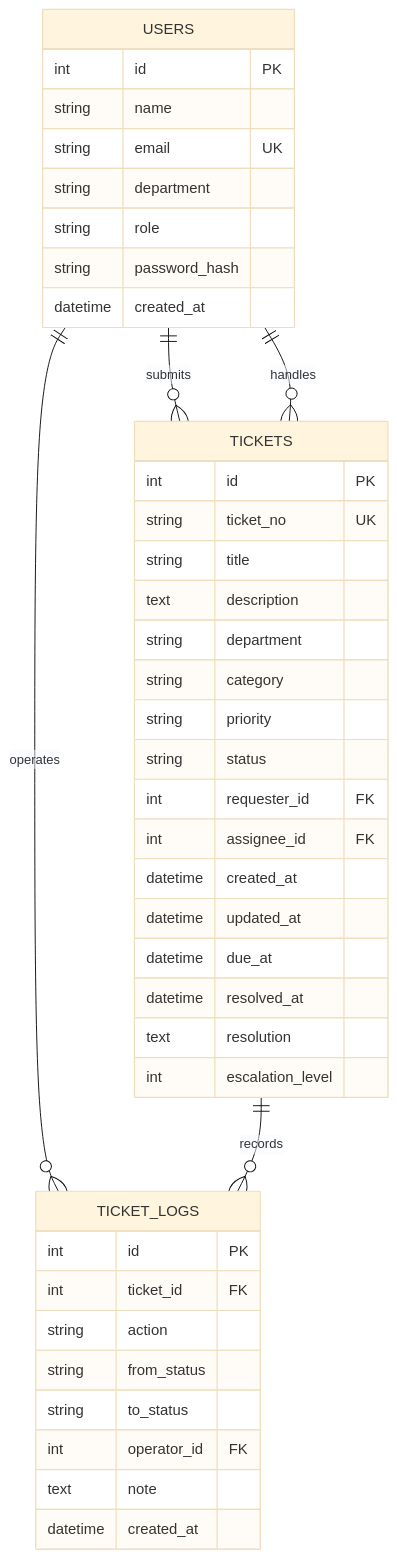
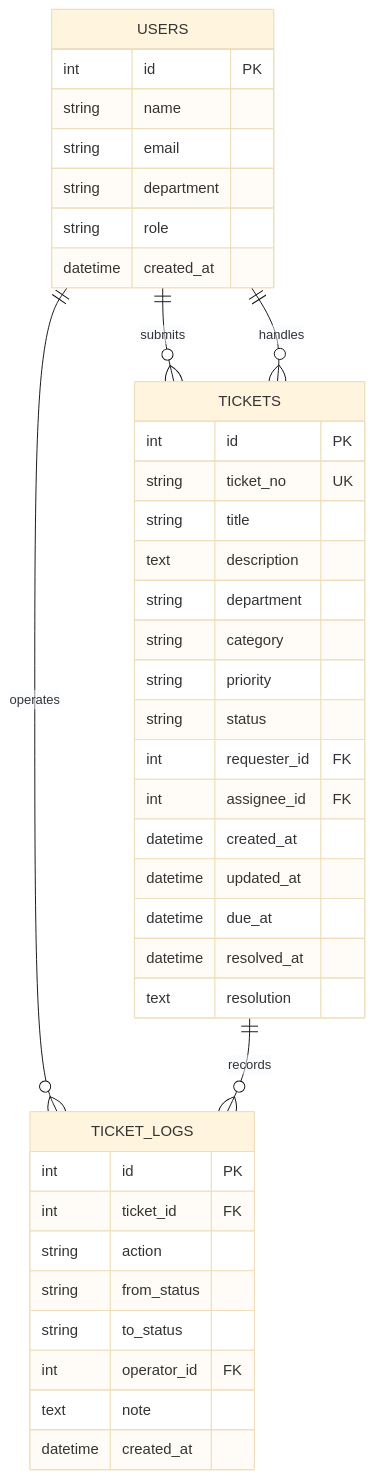
Before and after one commit to ziangliu0503-create/ticketscope-enterprise-ticket-system: the diagram in docs/database-design.md, drawn with Mermaid (base theme). The commit also changed other lines of this file and 23 other files, not shown here.

````diff
--- a/docs/database-design.md
+++ b/docs/database-design.md
@@ -3,45 +5,43 @@
 ```mermaid
 erDiagram
     USERS ||--o{ TICKETS : submits
     USERS ||--o{ TICKETS : handles
     USERS ||--o{ TICKET_LOGS : operates
     TICKETS ||--o{ TICKET_LOGS : records
 
     USERS {
         int id PK
         string name
-        string email UK
+        string email
         string department
         string role
-        string password_hash
         datetime created_at
     }
     TICKETS {
         int id PK
         string ticket_no UK
         string title
         text description
         string department
         string category
         string priority
         string status
         int requester_id FK
         int assignee_id FK
         datetime created_at
         datetime updated_at
         datetime due_at
         datetime resolved_at
         text resolution
-        int escalation_level
     }
     TICKET_LOGS {
         int id PK
         int ticket_id FK
         string action
         string from_status
         string to_status
         int operator_id FK
         text note
         datetime created_at
     }
 ```
````
